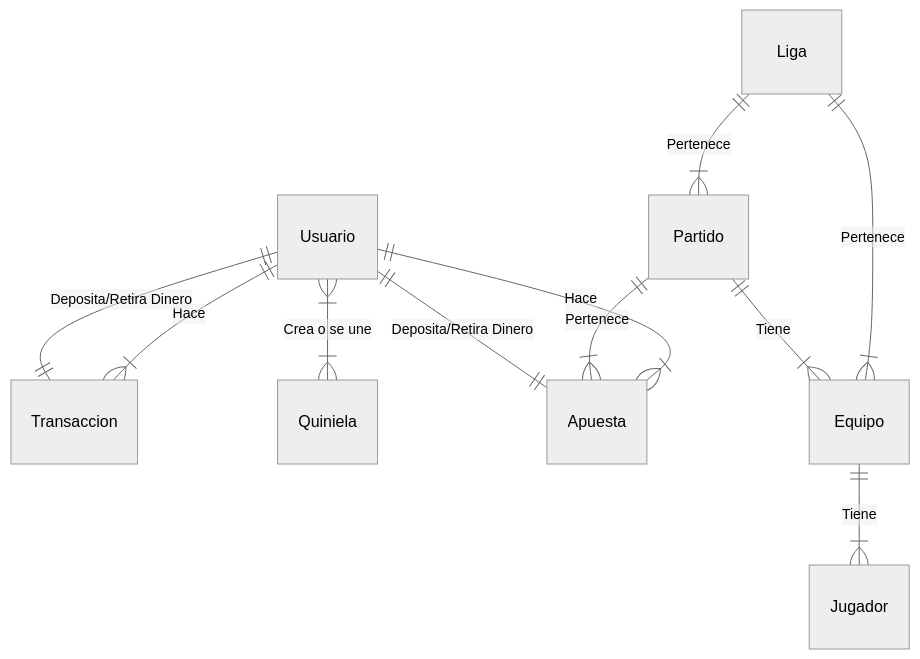
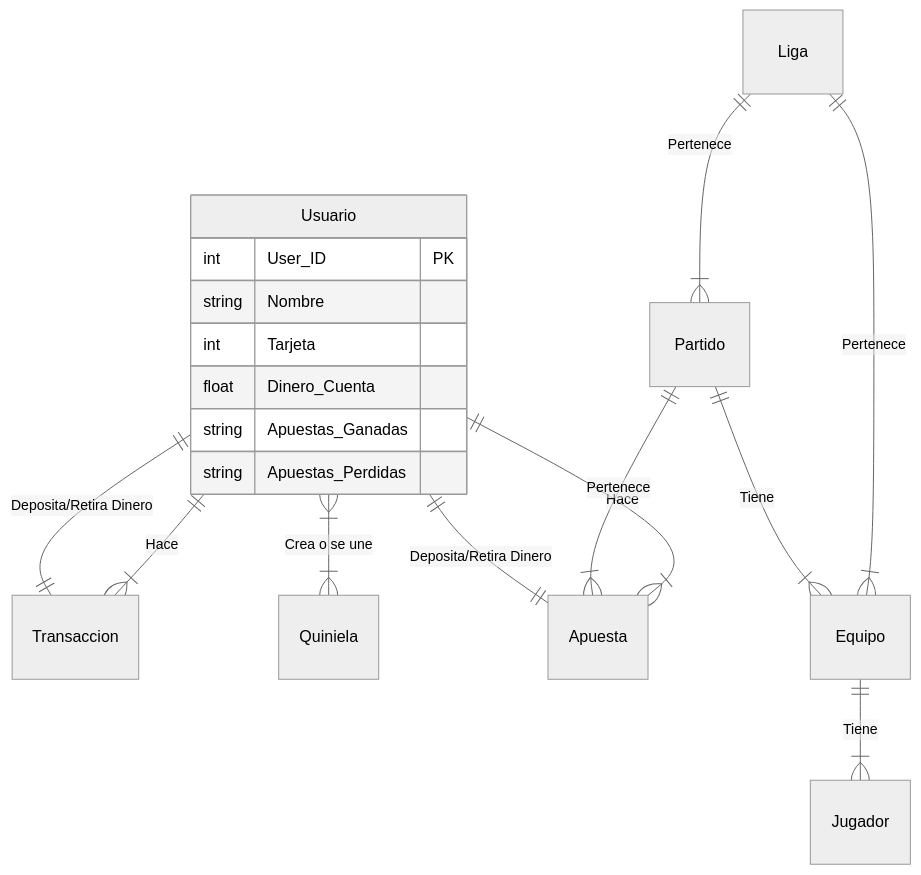
Before and after one commit to Peque-73/BD-Relacional---Clase-1: the diagram in Tareas/Tarea_2.md, drawn with Mermaid (neutral theme).

Commit message:
ER CODE TEST #10

````diff
--- a/Tareas/Tarea_2.md
+++ b/Tareas/Tarea_2.md
@@ -1,16 +1,22 @@
 ```mermaid
 erDiagram
     Usuario ||--|{ Transaccion : Hace
     Usuario }|--|{ Quiniela : "Crea o se une"
     Usuario ||--|{ Apuesta : Hace
-     Transaccion ||--|| Usuario : "Deposita/Retira Dinero"
+    Transaccion ||--|| Usuario : "Deposita/Retira Dinero"
     Apuesta ||--|| Usuario : "Deposita/Retira Dinero"
     Partido ||--|{ Apuesta : Pertenece
     Liga||--|{ Equipo : Pertenece
+    Liga||--|{ Partido : Pertenece
+    Partido ||--|{ Equipo : Tiene
+    Equipo ||--|{ Jugador : Tiene
 
-    Liga||--|{ Partido : Pertenece
-    
-    Partido ||--|{ Equipo : Tiene
-
-    Equipo ||--|{ Jugador : Tiene
+    Usuario {
+        int User_ID PK
+        string Nombre
+        int Tarjeta
+        float Dinero_Cuenta
+        string Apuestas_Ganadas
+        string Apuestas_Perdidas
+    }
 ```
````
